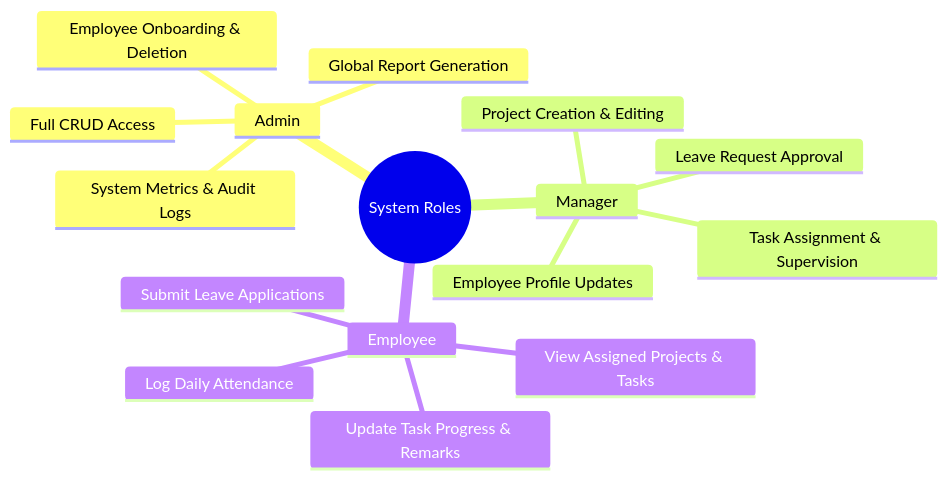
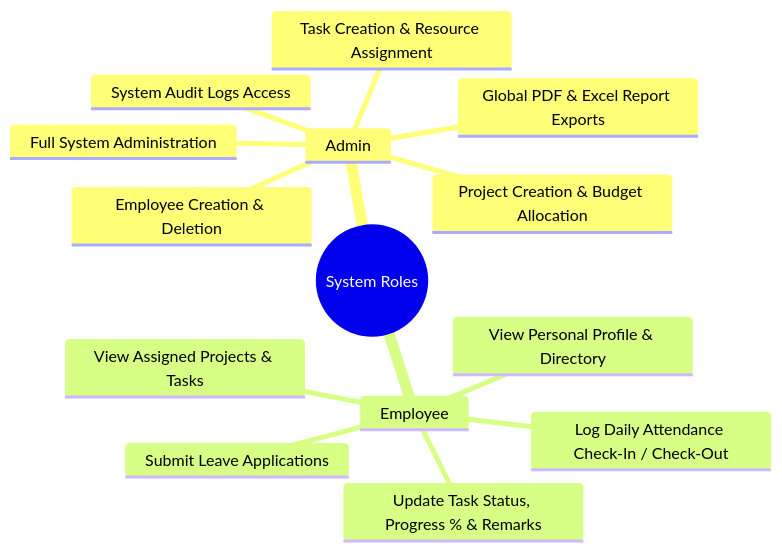
One commit to Sk-Jasmin/Smart-Employee-and-Project-Management-System changed the second of 2 diagrams in README.md. Above: the diagram before and after it, drawn with Mermaid. The commit also changed other lines of this file and 1 other file, not shown here.

````diff
--- a/README.md
+++ b/README.md
@@ -522,19 +523,17 @@
 ```mermaid
 mindmap
   root((System Roles))
     Admin
-      Full CRUD Access
-      System Metrics & Audit Logs
-      Employee Onboarding & Deletion
-      Global Report Generation
-    Manager
-      Project Creation & Editing
-      Task Assignment & Supervision
-      Employee Profile Updates
-      Leave Request Approval
+      Full System Administration
+      Employee Creation & Deletion
+      Project Creation & Budget Allocation
+      Task Creation & Resource Assignment
+      System Audit Logs Access
+      Global PDF & Excel Report Exports
     Employee
       View Assigned Projects & Tasks
-      Update Task Progress & Remarks
-      Log Daily Attendance
+      Update Task Status, Progress % & Remarks
+      Log Daily Attendance Check-In / Check-Out
       Submit Leave Applications
+      View Personal Profile & Directory
 ```
````
